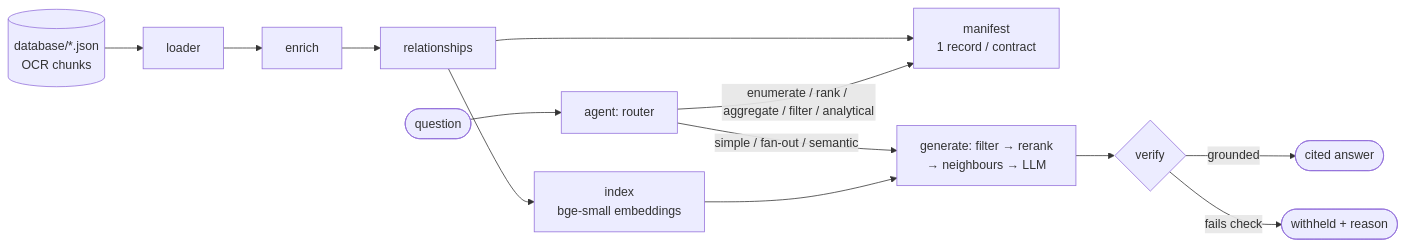
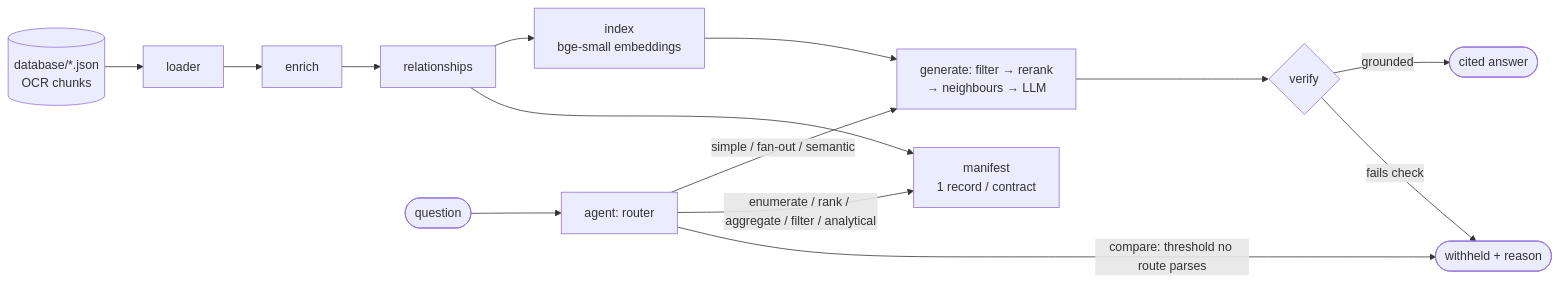
The diagram in README.md (rbodarve/sentri-backend), drawn with Mermaid before and after one commit. The commit also changed other lines of this file and 6 other files, not shown here.

Commit message:
Compare route withholds corpus-wide amount/duration thresholds

````diff
--- a/README.md
+++ b/README.md
@@ -93,13 +93,14 @@
 ```mermaid
 flowchart LR
     DB[(database/*.json<br/>OCR chunks)] --> L[loader] --> E[enrich] --> R[relationships]
     R --> I[index<br/>bge-small embeddings]
     R --> M[manifest<br/>1 record / contract]
     Q([question]) --> A[agent: router]
     A -->|simple / fan-out / semantic| G[generate: filter → rerank<br/>→ neighbours → LLM]
     A -->|enumerate / rank / aggregate / filter / analytical| M
+    A -->|compare: threshold no route parses| W
     I --> G
     G --> V{verify}
     V -->|grounded| OUT([cited answer])
     V -->|fails check| W([withheld + reason])
 ```
````
